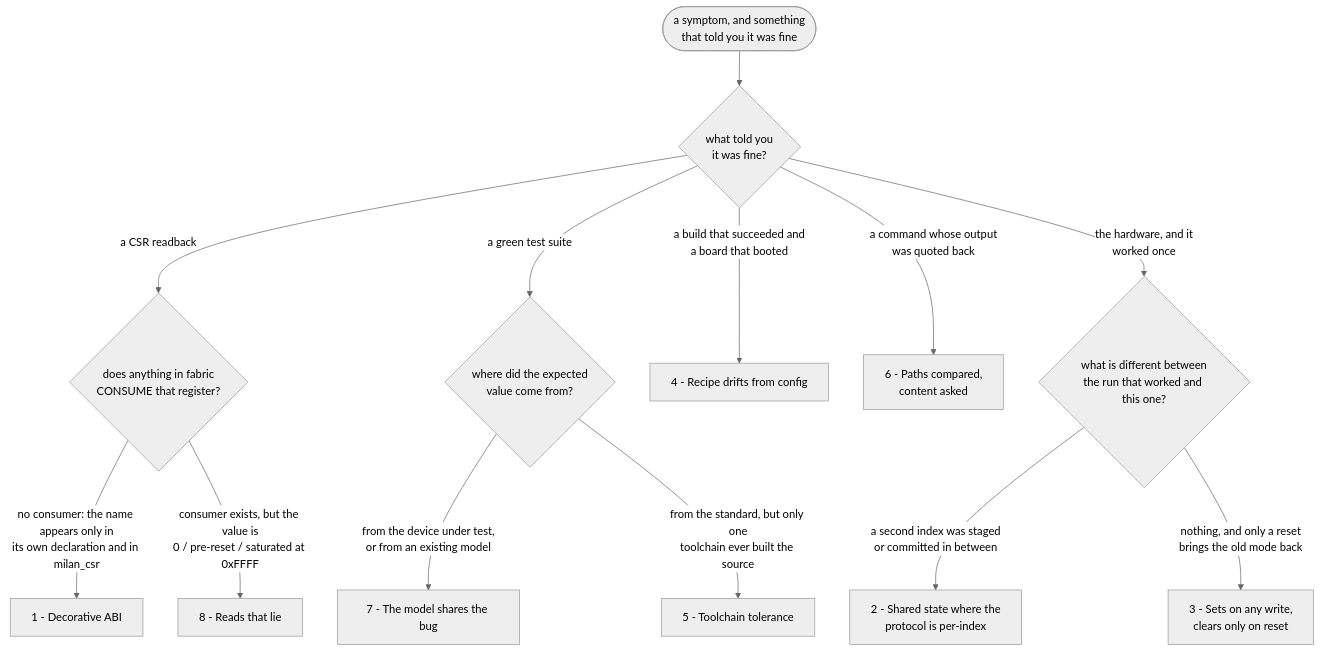
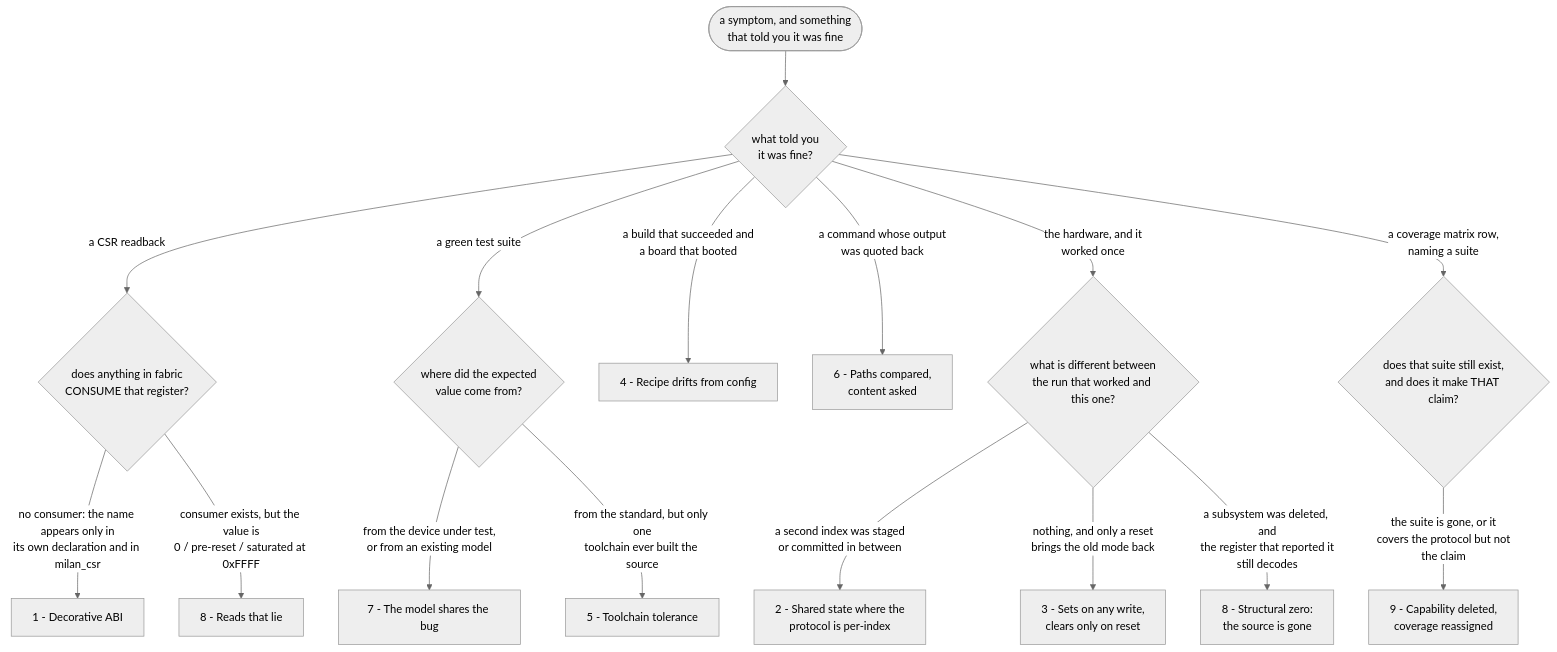
One commit to kebag-logic/milan-fpga changed the diagram in docs/limitations/RECURRING_DEFECT_PATTERNS.md. Above: the diagram before and after it, drawn with Mermaid (neutral theme). The commit also changed other lines of this file and 362 other files, not shown here.

Commit message:
The legacy 1722.1/SRP control plane is deleted: the protocol processor is the only one

````diff
--- a/docs/limitations/RECURRING_DEFECT_PATTERNS.md
+++ b/docs/limitations/RECURRING_DEFECT_PATTERNS.md
@@ -34,19 +35,23 @@
 ```mermaid
 flowchart TB
     S(["a symptom, and something<br/>that told you it was fine"]) --> K{"what told you<br/>it was fine?"}
 
     K -->|"a CSR readback"| R{"does anything in fabric<br/>CONSUME that register?"}
     R -->|"no consumer: the name appears only in<br/>its own declaration and in milan_csr"| P1["1 - Decorative ABI"]
     R -->|"consumer exists, but the value is<br/>0 / pre-reset / saturated at 0xFFFF"| P8["8 - Reads that lie"]
 
     K -->|"a green test suite"| T{"where did the expected<br/>value come from?"}
     T -->|"from the device under test,<br/>or from an existing model"| P7["7 - The model shares the bug"]
     T -->|"from the standard, but only one<br/>toolchain ever built the source"| P5["5 - Toolchain tolerance"]
 
     K -->|"a build that succeeded and<br/>a board that booted"| P4["4 - Recipe drifts from config"]
     K -->|"a command whose output<br/>was quoted back"| P6["6 - Paths compared,<br/>content asked"]
 
     K -->|"the hardware, and it<br/>worked once"| I{"what is different between<br/>the run that worked and this one?"}
     I -->|"a second index was staged<br/>or committed in between"| P2["2 - Shared state where the<br/>protocol is per-index"]
     I -->|"nothing, and only a reset<br/>brings the old mode back"| P3["3 - Sets on any write,<br/>clears only on reset"]
+    I -->|"a subsystem was deleted, and<br/>the register that reported it<br/>still decodes"| P8b["8 - Structural zero:<br/>the source is gone"]
+
+    K -->|"a coverage matrix row,<br/>naming a suite"| C{"does that suite still exist,<br/>and does it make THAT claim?"}
+    C -->|"the suite is gone, or it<br/>covers the protocol but not<br/>the claim"| P9["9 - Capability deleted,<br/>coverage reassigned"]
 ```
````
